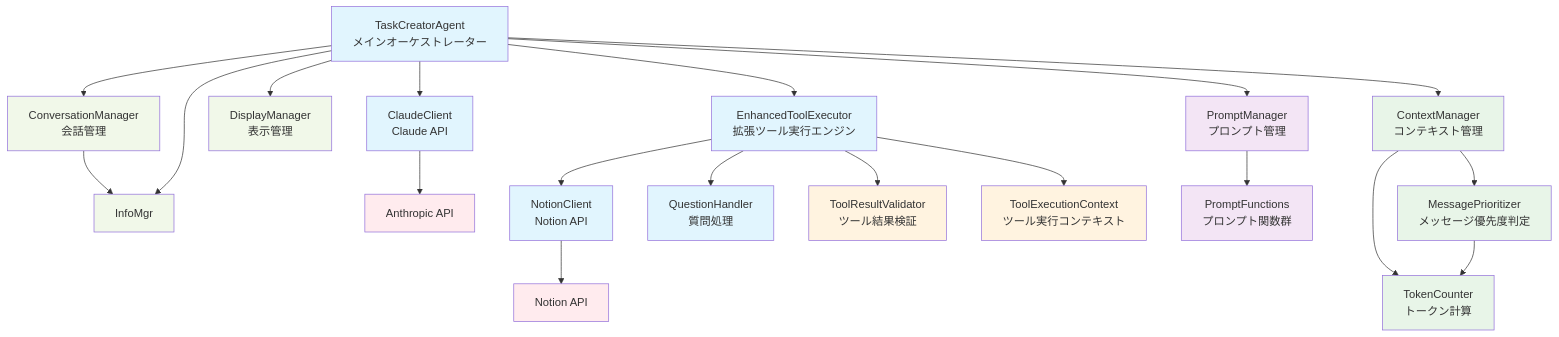
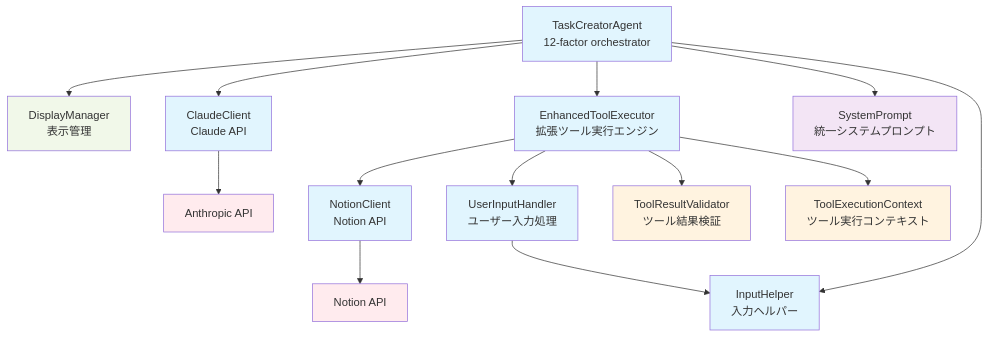
One commit to shomrkm/shochan_ai changed the first of 6 diagrams in docs/ARCHITECTURE.md. Above: the diagram before and after it, drawn with Mermaid. The commit also changed other lines of this file and 2 other files, not shown here.

Commit message:
doc: Simplify architecture by unifying prompt management and conversation history handling in TaskCreatorAgent, enhancing clarity and maintainability while implementing 12-factor principles

````diff
--- a/docs/ARCHITECTURE.md
+++ b/docs/ARCHITECTURE.md
@@ -7,77 +7,53 @@
 ```mermaid
 graph TB
     %% Main Agent
-    Agent[TaskCreatorAgent<br/>メインオーケストレーター]
+    Agent[TaskCreatorAgent<br/>12-factor orchestrator]
     
-    %% Conversation Management Components (NEW!)
-    ConversationMgr[ConversationManager<br/>会話管理]
+    %% Core Components
     DisplayMgr[DisplayManager<br/>表示管理]
-    
-    %% Factor 1: Core Components
     Claude[ClaudeClient<br/>Claude API]
     ToolExec[EnhancedToolExecutor<br/>拡張ツール実行エンジン]
     Notion[NotionClient<br/>Notion API]
-    QuestionHandler[QuestionHandler<br/>質問処理]
+    UserInputHandler[UserInputHandler<br/>ユーザー入力処理]
+    InputHelper[InputHelper<br/>入力ヘルパー]
     
-    %% Factor 2: Prompt Management
-    PromptMgr[PromptManager<br/>プロンプト管理]
-    PromptFuncs[PromptFunctions<br/>プロンプト関数群]
-    
-    %% Factor 3: Context Management
-    ContextMgr[ContextManager<br/>コンテキスト管理]
-    TokenCounter[TokenCounter<br/>トークン計算]
-    MsgPrioritizer[MessagePrioritizer<br/>メッセージ優先度判定]
+    %% Factor 2: Simplified Prompt Management
+    SystemPrompt[SystemPrompt<br/>統一システムプロンプト]
     
     %% Factor 4: Tool Enhancement Components
     ToolValidator[ToolResultValidator<br/>ツール結果検証]
     ToolContext[ToolExecutionContext<br/>ツール実行コンテキスト]
     
     %% External APIs
     AnthropicAPI[Anthropic API]
     NotionAPI[Notion API]
     
-    %% Agent Dependencies (Refactored!)
-    Agent --> ConversationMgr
-    Agent --> InfoMgr
+    %% Simplified Dependencies
     Agent --> DisplayMgr
     Agent --> Claude
     Agent --> ToolExec
-    Agent --> PromptMgr
-    Agent --> ContextMgr
+    Agent --> SystemPrompt
+    Agent --> InputHelper
     
-    %% Conversation Management Dependencies
-    ConversationMgr --> InfoMgr
-    
-    %% Factor 1 Dependencies
+    %% Tool execution flow
     Claude --> AnthropicAPI
     ToolExec --> Notion
-    ToolExec --> QuestionHandler
-    Notion --> NotionAPI
-    
-    %% Factor 2 Dependencies
-    PromptMgr --> PromptFuncs
-    
-    %% Factor 3 Dependencies
-    ContextMgr --> TokenCounter
-    ContextMgr --> MsgPrioritizer
-    MsgPrioritizer --> TokenCounter
-    
-    %% Factor 4 Dependencies
+    ToolExec --> UserInputHandler
     ToolExec --> ToolValidator
     ToolExec --> ToolContext
+    Notion --> NotionAPI
+    UserInputHandler --> InputHelper
     
     %% Styling
     classDef factor1 fill:#e1f5fe
     classDef factor2 fill:#f3e5f5
-    classDef factor3 fill:#e8f5e8
     classDef factor4 fill:#fff3e0
     classDef conversation fill:#f1f8e9
     classDef external fill:#ffebee
     
-    class Agent,Claude,ToolExec,Notion,QuestionHandler factor1
-    class PromptMgr,PromptFuncs factor2
-    class ContextMgr,TokenCounter,MsgPrioritizer factor3
+    class Agent,Claude,ToolExec,Notion,UserInputHandler,InputHelper factor1
+    class SystemPrompt factor2
     class ToolValidator,ToolContext factor4
-    class ConversationMgr,InfoMgr,DisplayMgr conversation
+    class DisplayMgr conversation
     class AnthropicAPI,NotionAPI external
 ```
````
